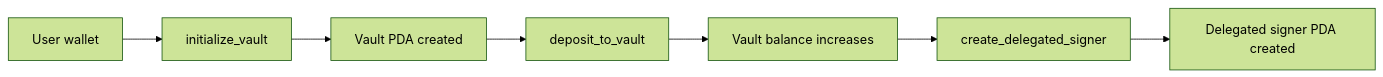
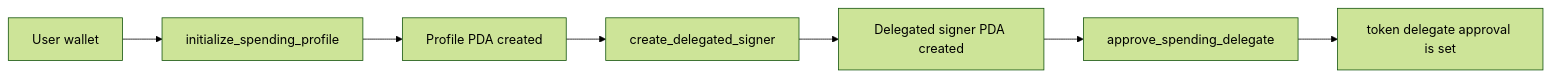
One commit to FajarArrizki/docs changed the second of 3 diagrams in contract/architecture.mdx. Above: the diagram before and after it, drawn with Mermaid (forest theme). The commit also changed other lines of this file and 11 other files, not shown here.

Commit message:
updete vault based ke wallet abstraction

````diff
--- a/contract/architecture.mdx
+++ b/contract/architecture.mdx
@@ -76,9 +57,9 @@
 ```mermaid
 flowchart LR
-    A[User wallet] --> B[initialize_vault]
-    B --> C[Vault PDA created]
-    C --> D[deposit_to_vault]
-    D --> E[Vault balance increases]
-    E --> F[create_delegated_signer]
-    F --> G[Delegated signer PDA created]
+    A[User wallet] --> B[initialize_spending_profile]
+    B --> C[Profile PDA created]
+    C --> D[create_delegated_signer]
+    D --> E[Delegated signer PDA created]
+    E --> F[approve_spending_delegate]
+    F --> G[token delegate approval is set]
 ```
````
